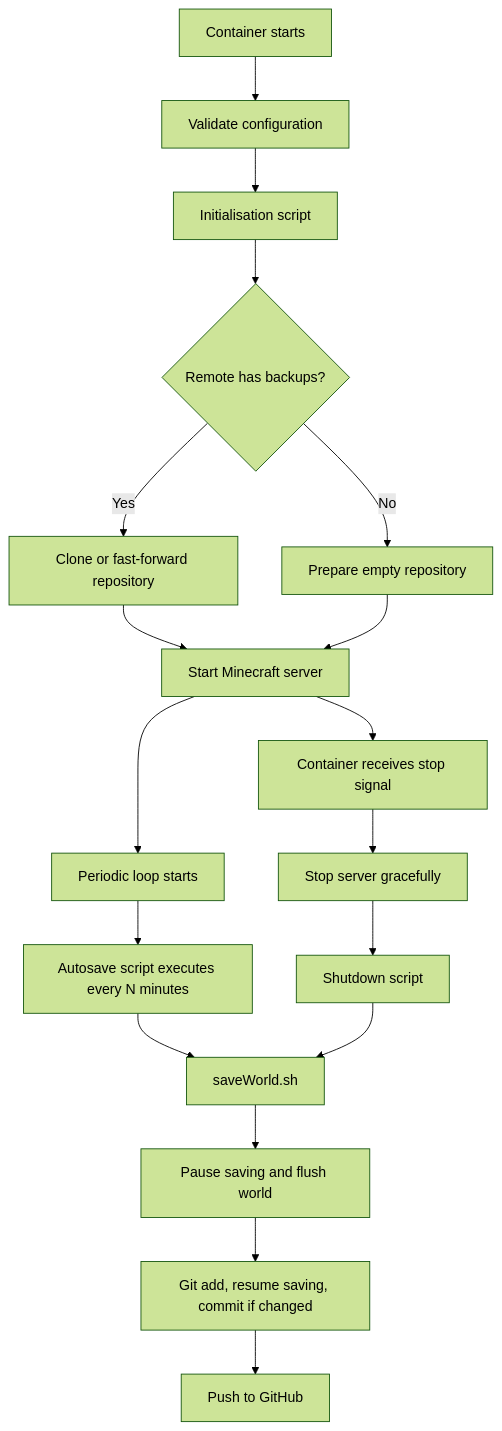
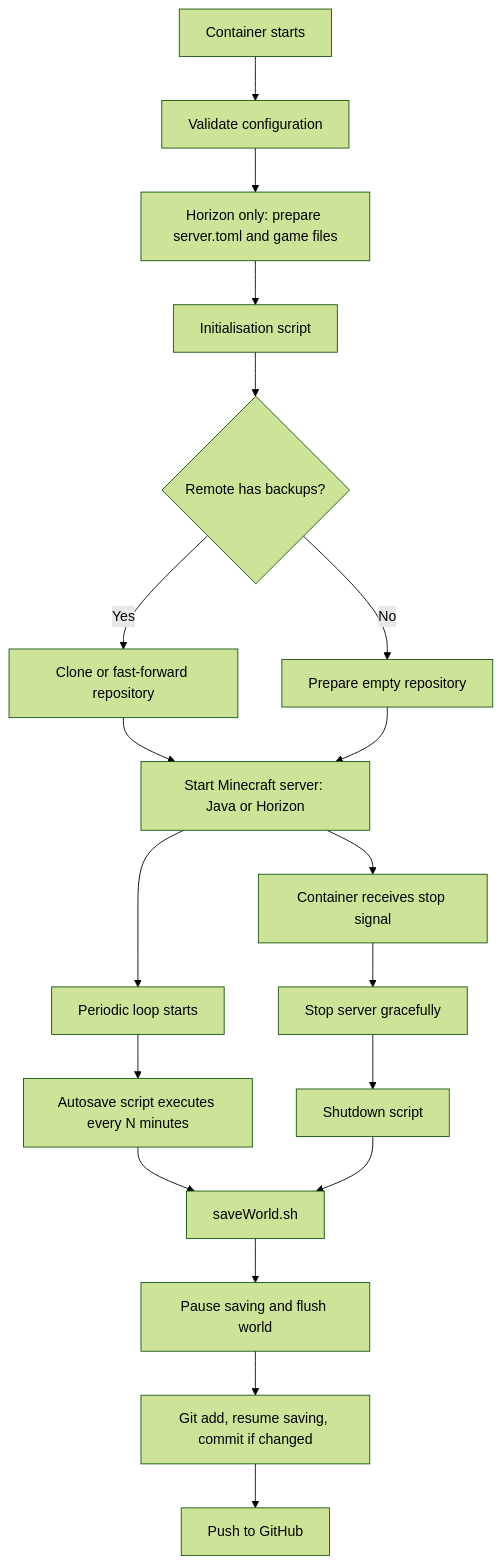
Before and after one commit to danieltorquatof/blog: the first of 3 diagrams in posts/reliable-automation-pipelines-persistent-game-worlds/index.qmd, drawn with Mermaid (forest theme). The commit also changed other lines of this file and 1 other file, not shown here.

First line of the commit message:
docs: Cover Horizon (Rust) support in Minecraft Backup

````diff
--- a/posts/reliable-automation-pipelines-persistent-game-worlds/index.qmd
+++ b/posts/reliable-automation-pipelines-persistent-game-worlds/index.qmd
@@ -167,44 +194,46 @@
 ```{mermaid}
 %%| fig-align: center
 %%| fig-width: 100%
 flowchart TB;
   A[Container starts]
   B[Validate configuration]
+  Z[Horizon only: prepare server.toml and game files]
   C[Initialisation script]
   D{Remote has backups?}
   E[Clone or fast-forward repository]
   F[Prepare empty repository]
-  G[Start Minecraft server]
+  G[Start Minecraft server: Java or Horizon]
   H[Periodic loop starts]
   I[Autosave script executes every N minutes]
   J[saveWorld.sh]
   K[Pause saving and flush world]
   L[Git add, resume saving, commit if changed]
   M[Push to GitHub]
   N[Container receives stop signal]
   O[Stop server gracefully]
   P[Shutdown script]
 
   A --> B
-  B --> C
+  B --> Z
+  Z --> C
   C --> D
 
   D -- Yes --> E
   D -- No --> F
 
   E --> G
   F --> G
 
   G --> H
   H --> I
 
   I --> J
   J --> K
   K --> L
   L --> M
 
   G --> N
   N --> O
   O --> P
   P --> J
 ```
````
